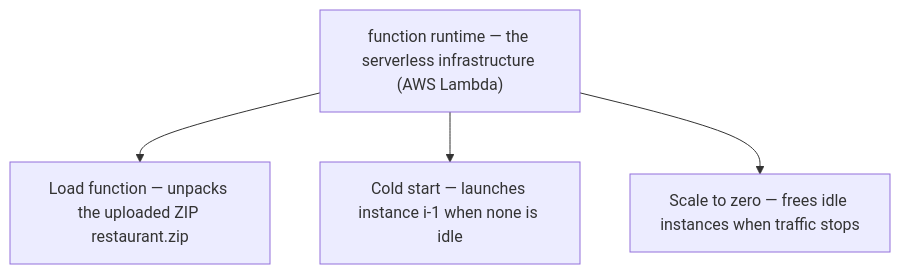
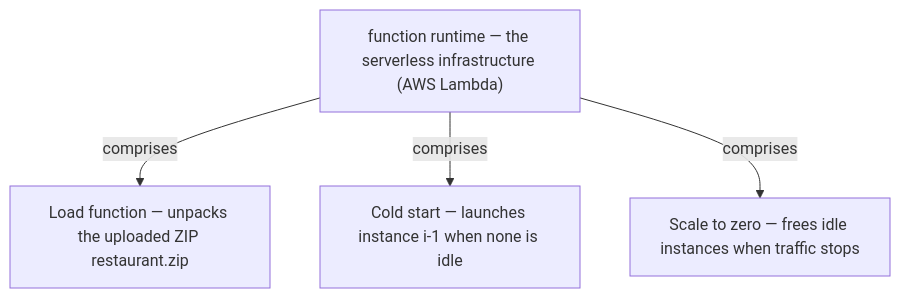
One commit to vinayakuber/microservices-io-study-guide changed the seventh of 14 diagrams in docs/ch41-serverless-deployment.md. Above: the diagram before and after it, drawn with Mermaid. The commit also changed other lines of this file and 71 other files, not shown here.

First line of the commit message:
R18: label every diagram arrow with its meaning

````diff
--- a/docs/ch41-serverless-deployment.md
+++ b/docs/ch41-serverless-deployment.md
@@ -216,7 +216,7 @@
 ```mermaid
 flowchart TD
   R["function runtime — the serverless infrastructure (AWS Lambda)"]
-  R --> P0["Load function — unpacks the uploaded ZIP restaurant.zip"]
-  R --> P1["Cold start — launches instance i-1 when none is idle"]
-  R --> P2["Scale to zero — frees idle instances when traffic stops"]
+  R -->|"comprises"| P0["Load function — unpacks the uploaded ZIP restaurant.zip"]
+  R -->|"comprises"| P1["Cold start — launches instance i-1 when none is idle"]
+  R -->|"comprises"| P2["Scale to zero — frees idle instances when traffic stops"]
 ```
````
